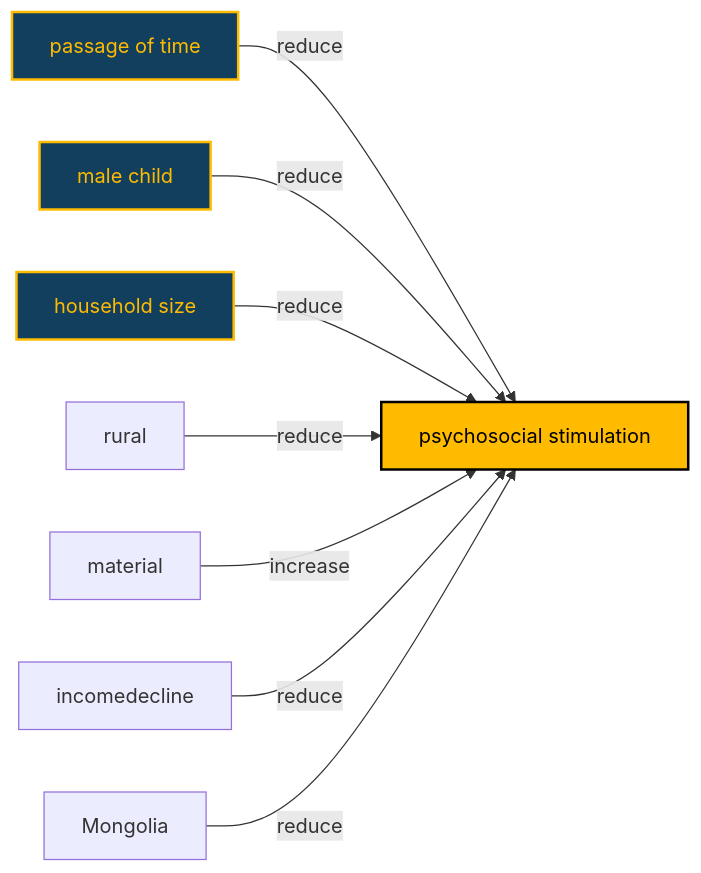
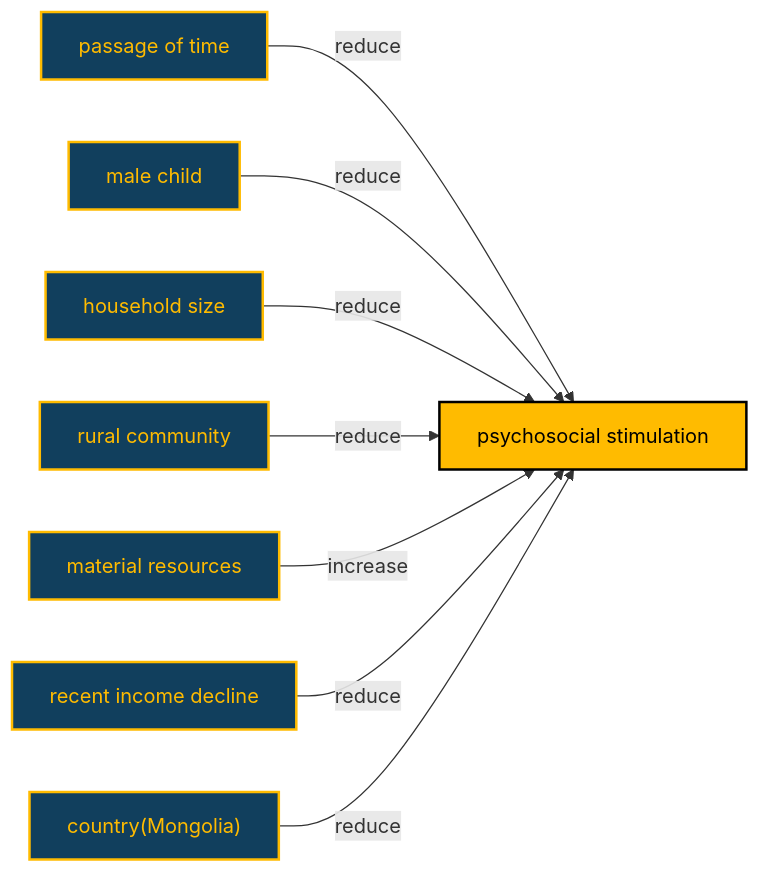
Before and after one commit to agrogan1/research: the diagram in MICSPLUS/diagram.md, drawn with Mermaid.

````diff
--- a/MICSPLUS/diagram.md
+++ b/MICSPLUS/diagram.md
@@ -1,45 +1,53 @@
 ```mermaid
 
 flowchart LR
 
   %% classes
 
   classDef yellow fill:#FFC20E,stroke:#000000,stroke-width:2px,color:#000000;
   
   classDef cyan fill:#1CABE2,stroke:#000000,stroke-width:2px,color:#FFFFFF;
   
   classDef red fill:#E2231A,stroke:#000000,stroke-width:2px,color:#FFFFFF;
   
   classDef orange fill:#F26A21,stroke:#000000,stroke-width:2px,color:#FFFFFF;
 
   classDef tidal fill:#113f5d,color:#FFBB00,stroke:#FFBB00,stroke-width:2px
 
   classDef tidal2 fill:#FFBB00,color:#000000,stroke:#000000,stroke-width:2px
 
   psychosocial[psychosocial stimulation]:::tidal2
 
   %% nodes
 
   time[passage of time]:::tidal  
 
   male[male child]:::tidal
 
   size[household size]:::tidal
 
+  rural[rural community]:::tidal
+
+  material[material resources]:::tidal
+
+  incomedecline[recent income decline]:::tidal
+
+  Mongolia["country(Mongolia)"]:::tidal
+
   %% links
 
   time --> |"reduce"| psychosocial
 
   male --> |"reduce"| psychosocial
 
   size --> |"reduce"| psychosocial
 
   rural --> |"reduce"| psychosocial
 
   material --> |"increase"| psychosocial
 
   incomedecline --> |"reduce"| psychosocial
 
   Mongolia --> |"reduce"| psychosocial
 
 ```
````
